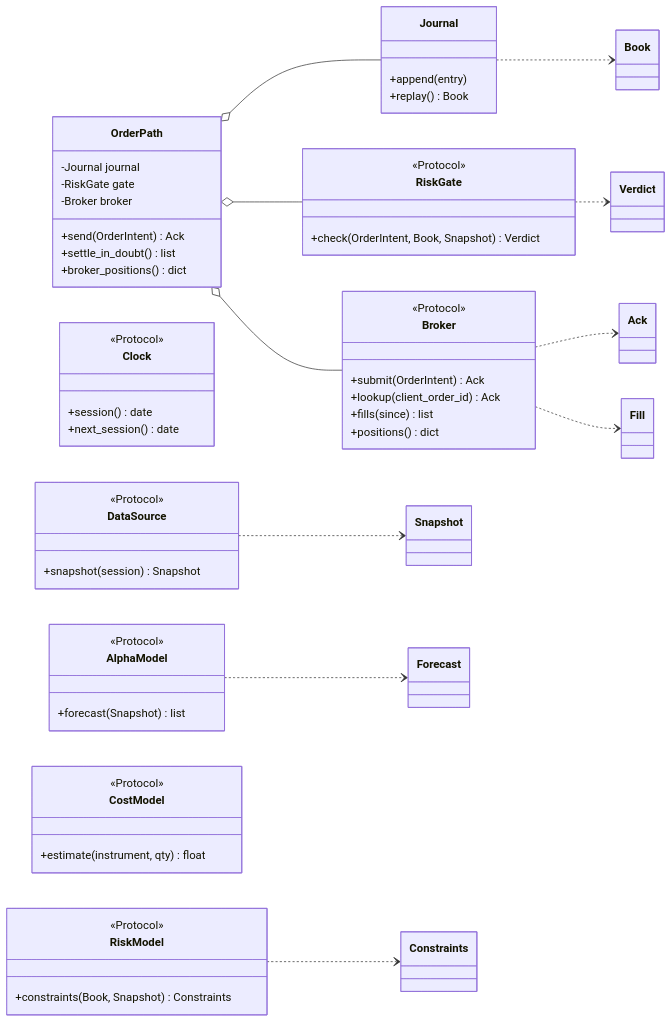
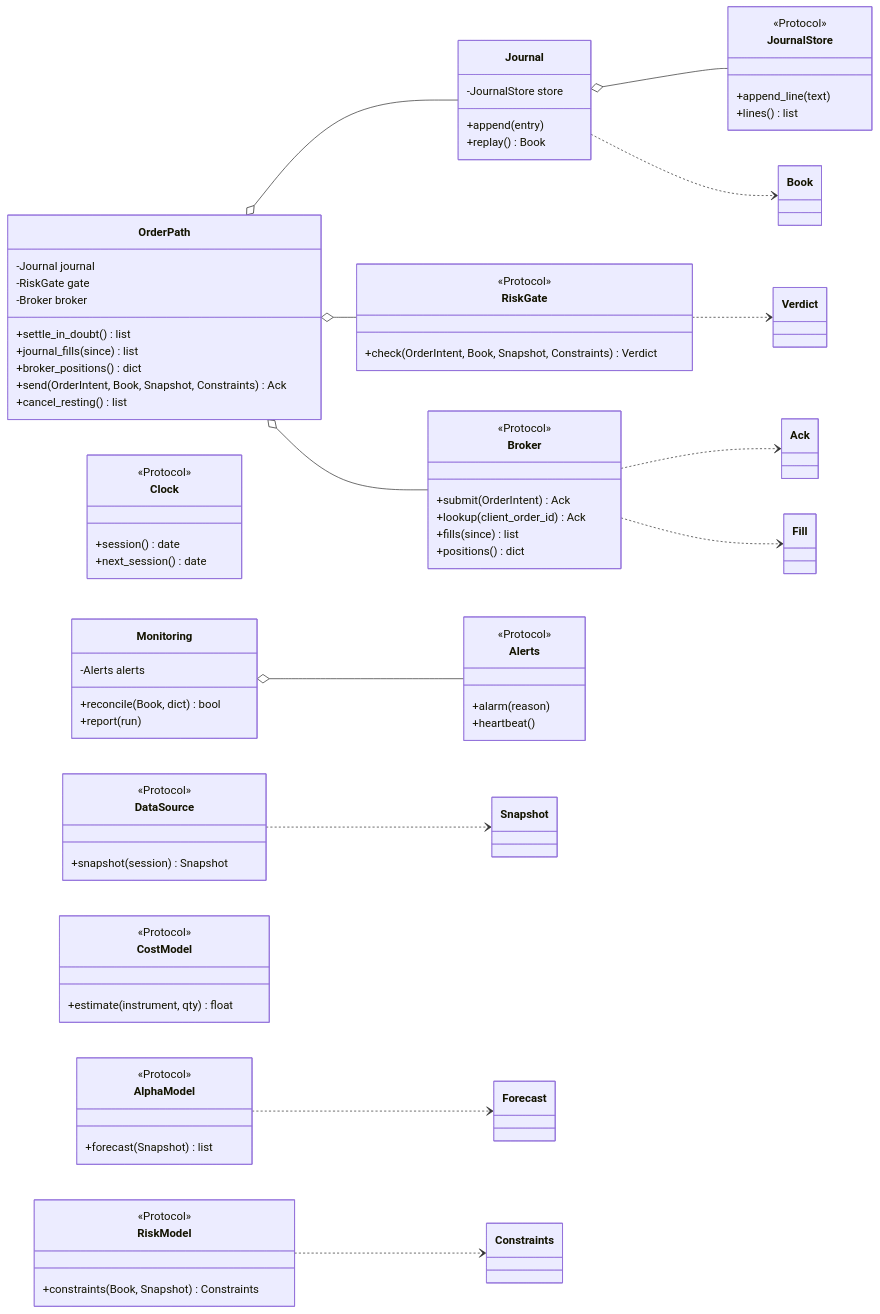
Diagram 11 of 16 in docs/architecture.md (l3a0/ithildin-runtime), drawn with Mermaid before and after one commit. The commit also changed other lines of this file, not shown here.

First line of the commit message:
docs(architecture): fix what the second review round found

````diff
--- a/docs/architecture.md
+++ b/docs/architecture.md
@@ -673,60 +702,80 @@
 ```mermaid
 classDiagram
     direction LR
 
     class DataSource {
         <<Protocol>>
         +snapshot(session) Snapshot
     }
     class Clock {
         <<Protocol>>
         +session() date
         +next_session() date
     }
     class Broker {
         <<Protocol>>
         +submit(OrderIntent) Ack
         +lookup(client_order_id) Ack
         +fills(since) list
         +positions() dict
     }
     class AlphaModel {
         <<Protocol>>
         +forecast(Snapshot) list
     }
     class RiskModel {
         <<Protocol>>
         +constraints(Book, Snapshot) Constraints
     }
     class CostModel {
         <<Protocol>>
         +estimate(instrument, qty) float
     }
     class RiskGate {
         <<Protocol>>
-        +check(OrderIntent, Book, Snapshot) Verdict
+        +check(OrderIntent, Book, Snapshot, Constraints) Verdict
+    }
+    class JournalStore {
+        <<Protocol>>
+        +append_line(text)
+        +lines() list
+    }
+    class Alerts {
+        <<Protocol>>
+        +alarm(reason)
+        +heartbeat()
     }
     class Journal {
+        -JournalStore store
         +append(entry)
         +replay() Book
     }
     class OrderPath {
         -Journal journal
         -RiskGate gate
         -Broker broker
-        +send(OrderIntent) Ack
         +settle_in_doubt() list
+        +journal_fills(since) list
         +broker_positions() dict
+        +send(OrderIntent, Book, Snapshot, Constraints) Ack
+        +cancel_resting() list
+    }
+    class Monitoring {
+        -Alerts alerts
+        +reconcile(Book, dict) bool
+        +report(run)
     }
 
+    Journal o-- JournalStore
+    Monitoring o-- Alerts
     OrderPath o-- Journal
     OrderPath o-- RiskGate
     OrderPath o-- Broker
     DataSource ..> Snapshot
     AlphaModel ..> Forecast
     RiskModel ..> Constraints
     RiskGate ..> Verdict
     Broker ..> Ack
     Broker ..> Fill
     Journal ..> Book
 ```
````
